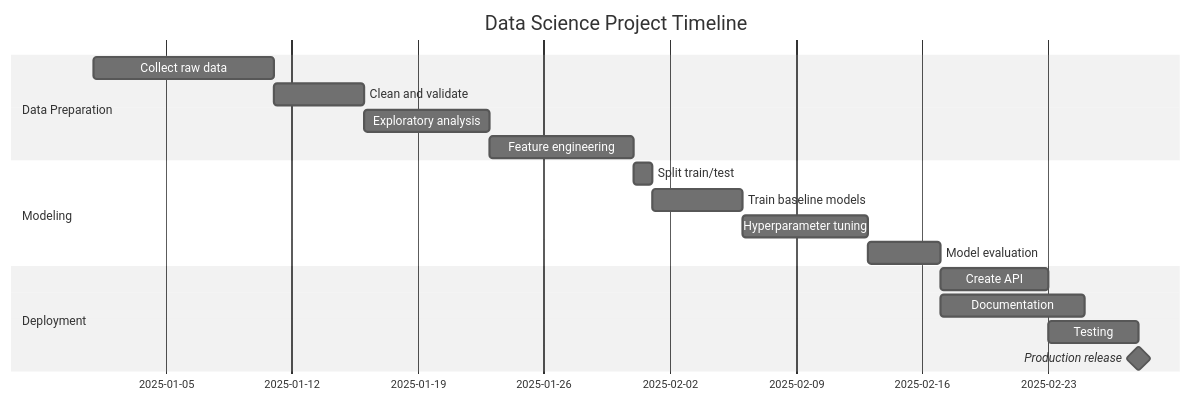
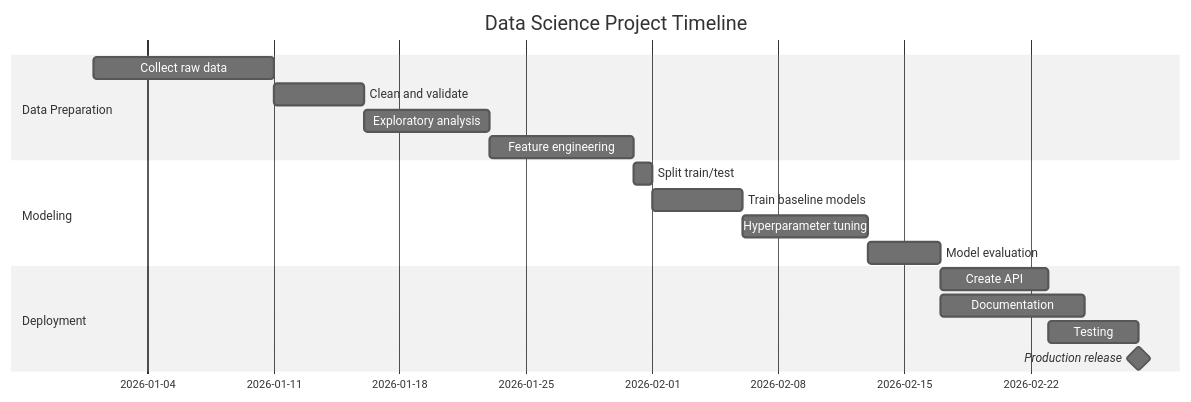
One commit to ces0491/rbr changed the fifth of 7 diagrams in chapters/visualisation.qmd. Above: the diagram before and after it, drawn with Mermaid (neutral theme). The commit also changed other lines of this file and 21 other files, not shown here.

````diff
--- a/chapters/visualisation.qmd
+++ b/chapters/visualisation.qmd
@@ -365,23 +366,23 @@
 ```{mermaid}
 gantt
     title Data Science Project Timeline
     dateFormat YYYY-MM-DD
 
     section Data Preparation
-    Collect raw data       :a1, 2025-01-01, 10d
+    Collect raw data       :a1, 2026-01-01, 10d
     Clean and validate     :a2, after a1, 5d
     Exploratory analysis   :a3, after a2, 7d
     Feature engineering    :a4, after a3, 8d
 
     section Modeling
     Split train/test       :b1, after a4, 1d
     Train baseline models  :b2, after b1, 5d
     Hyperparameter tuning  :b3, after b2, 7d
     Model evaluation       :b4, after b3, 4d
 
     section Deployment
     Create API            :c1, after b4, 6d
     Documentation         :c2, after b4, 8d
     Testing               :c3, after c1, 5d
     Production release    :milestone, after c2 c3, 0d
 ```
````
